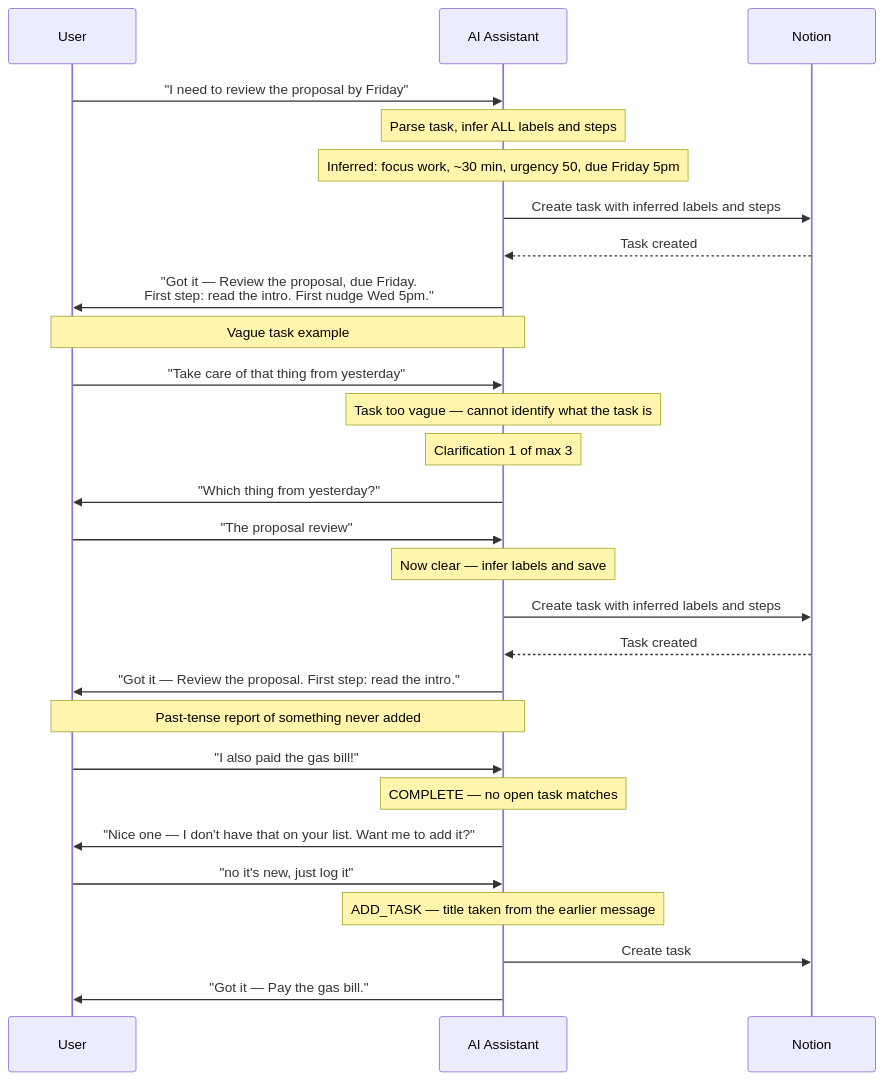
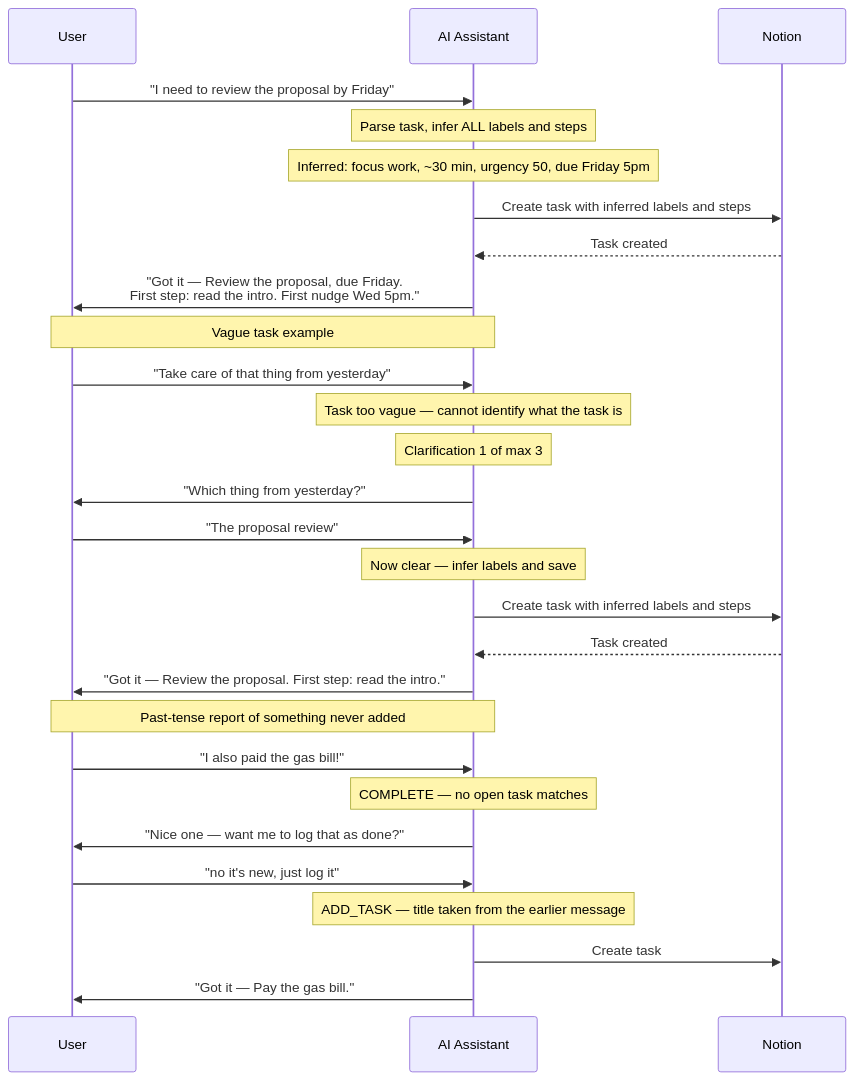
One commit to NickBorgersProbably/hide-my-list changed the second of 28 diagrams in docs/user-interactions.md. Above: the diagram before and after it, drawn with Mermaid. The commit also changed other lines of this file and 10 other files, not shown here.

````diff
--- a/docs/user-interactions.md
+++ b/docs/user-interactions.md
@@ -52,41 +52,41 @@
 ```mermaid
 sequenceDiagram
     participant U as User
     participant AI as AI Assistant
     participant N as Notion
 
     U->>AI: "I need to review the proposal by Friday"
 
     Note over AI: Parse task, infer ALL labels and steps
     Note over AI: Inferred: focus work, ~30 min, urgency 50, due Friday 5pm
 
     AI->>N: Create task with inferred labels and steps
     N-->>AI: Task created
     AI->>U: "Got it — Review the proposal, due Friday.<br/>First step: read the intro. First nudge Wed 5pm."
 
     Note over U,AI: Vague task example
 
     U->>AI: "Take care of that thing from yesterday"
 
     Note over AI: Task too vague — cannot identify what the task is
     Note over AI: Clarification 1 of max 3
 
     AI->>U: "Which thing from yesterday?"
     U->>AI: "The proposal review"
 
     Note over AI: Now clear — infer labels and save
 
     AI->>N: Create task with inferred labels and steps
     N-->>AI: Task created
     AI->>U: "Got it — Review the proposal. First step: read the intro."
 
     Note over U,AI: Past-tense report of something never added
 
     U->>AI: "I also paid the gas bill!"
     Note over AI: COMPLETE — no open task matches
-    AI->>U: "Nice one — I don't have that on your list. Want me to add it?"
+    AI->>U: "Nice one — want me to log that as done?"
     U->>AI: "no it's new, just log it"
     Note over AI: ADD_TASK — title taken from the earlier message
     AI->>N: Create task
     AI->>U: "Got it — Pay the gas bill."
 ```
````
